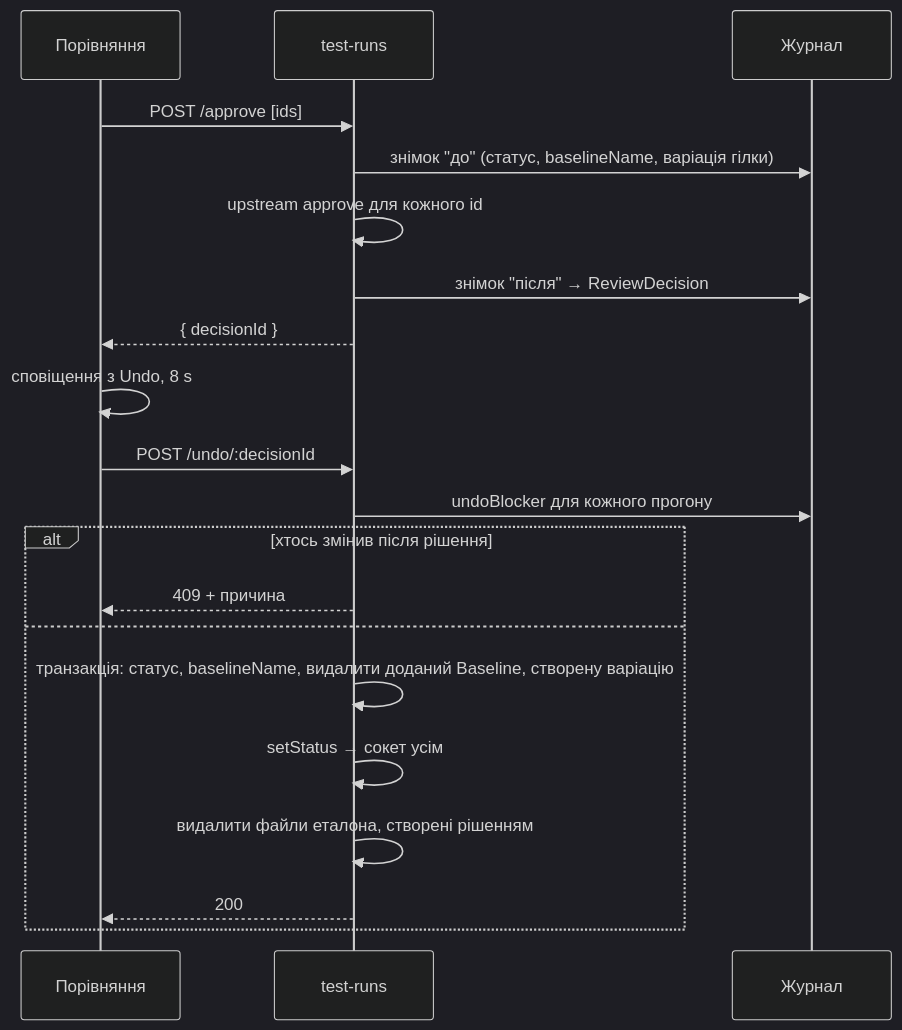
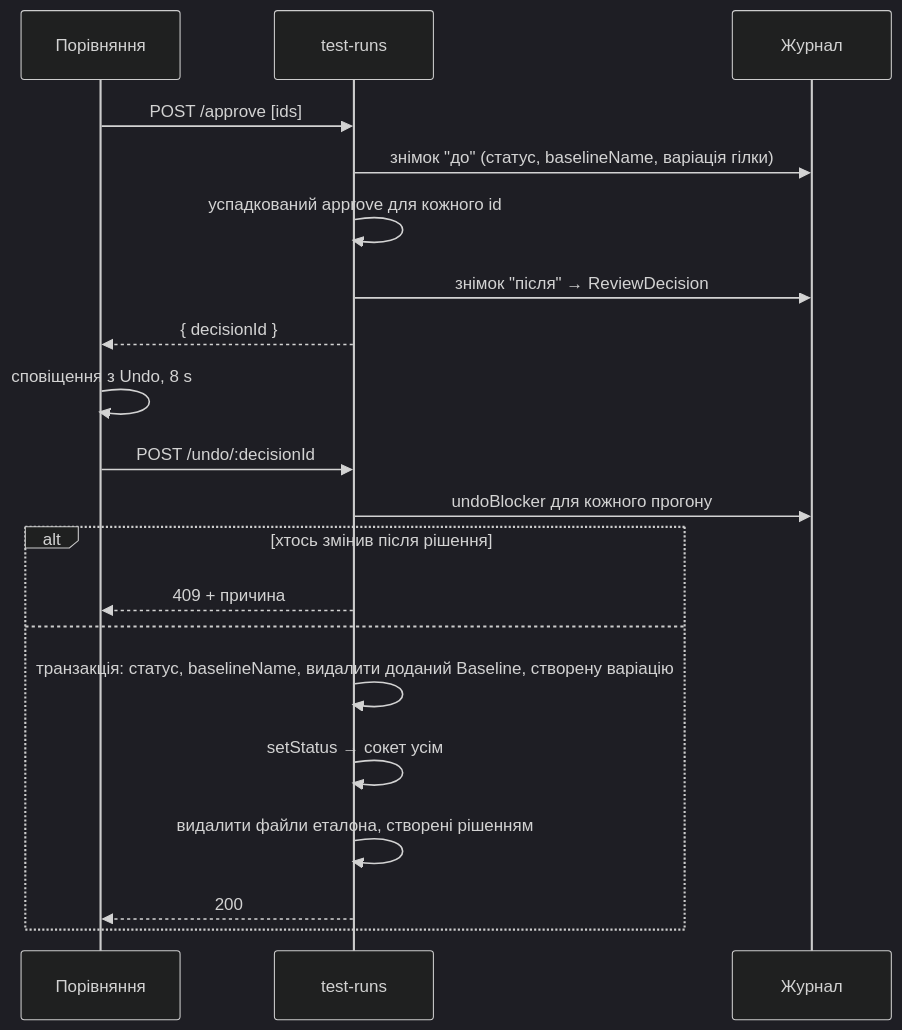
One commit to nazarenkod/vision changed the diagram in docs/specs/018-ui-redesign/design.md. Above: the diagram before and after it, drawn with Mermaid (dark theme). The commit also changed other lines of this file and 50 other files, not shown here.

````diff
--- a/docs/specs/018-ui-redesign/design.md
+++ b/docs/specs/018-ui-redesign/design.md
@@ -146,22 +146,22 @@
 ```mermaid
 sequenceDiagram
   participant UI as Порівняння
   participant API as test-runs
   participant J as Журнал
   UI->>API: POST /approve [ids]
   API->>J: знімок "до" (статус, baselineName, варіація гілки)
-  API->>API: upstream approve для кожного id
+  API->>API: успадкований approve для кожного id
   API->>J: знімок "після" → ReviewDecision
   API-->>UI: { decisionId }
   UI->>UI: сповіщення з Undo, 8 s
   UI->>API: POST /undo/:decisionId
   API->>J: undoBlocker для кожного прогону
   alt хтось змінив після рішення
     API-->>UI: 409 + причина
   else
     API->>API: транзакція: статус, baselineName, видалити доданий Baseline, створену варіацію
     API->>API: setStatus → сокет усім
     API->>API: видалити файли еталона, створені рішенням
     API-->>UI: 200
   end
 ```
````
